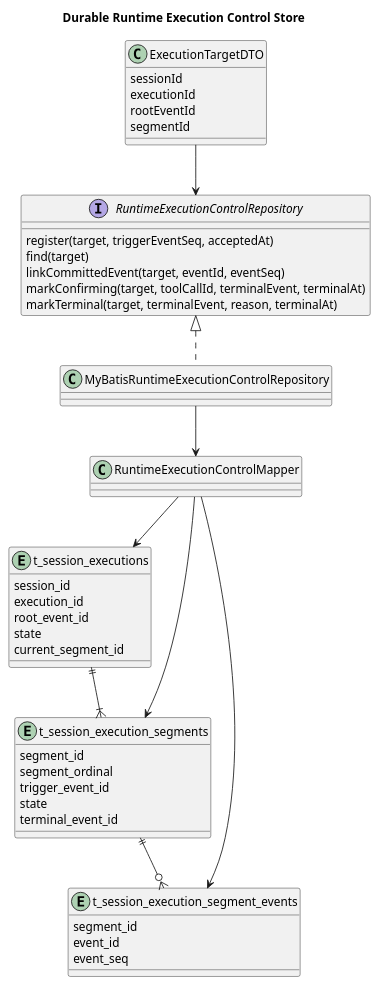
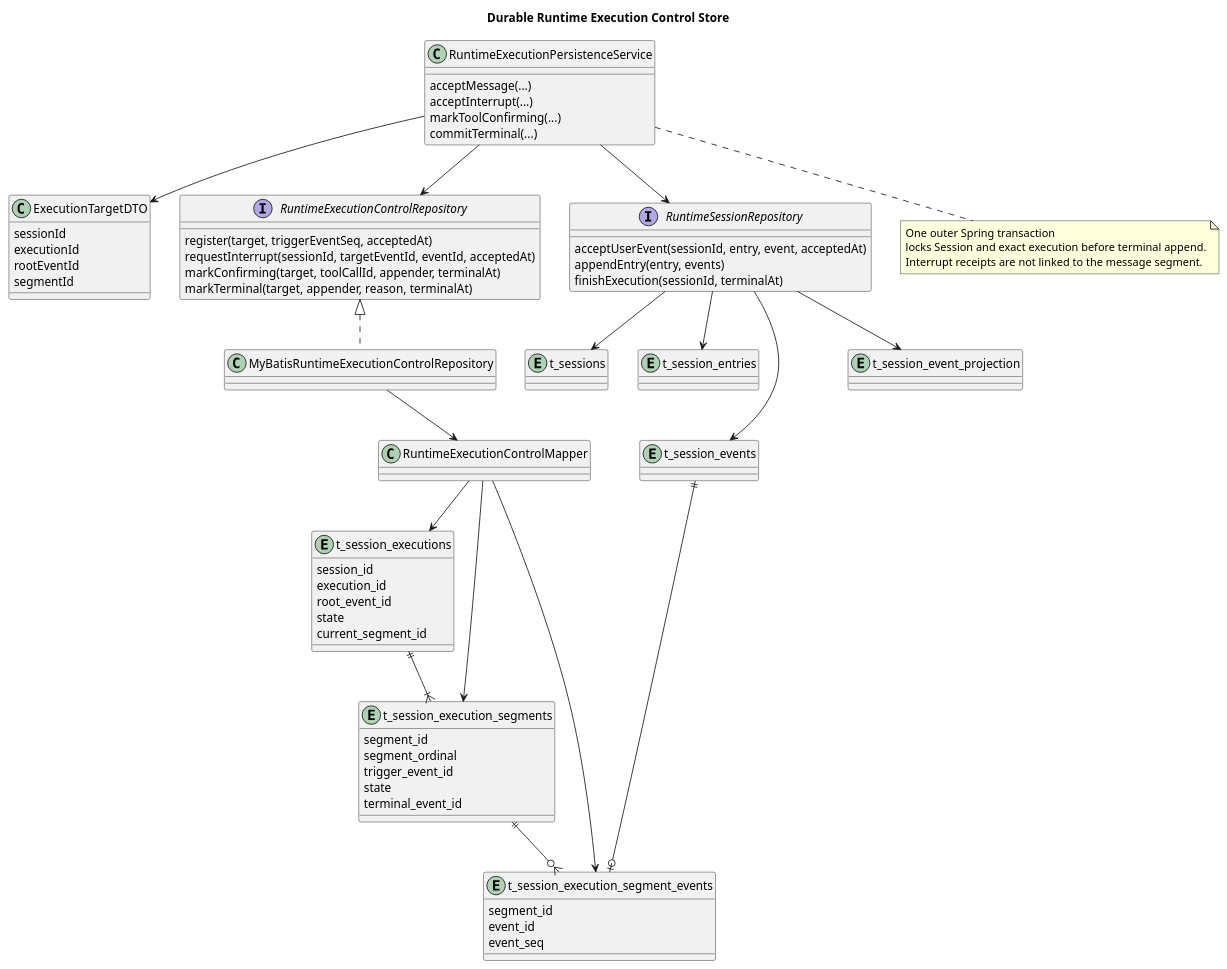
One commit to 2862282695gjh-afk/pi-mono-java changed the diagram in docs/designs/runtime-execution-control/diagram.puml. Above: the diagram before and after it, drawn with PlantUML. The commit also changed 3 other files, not shown here.

```diff
--- a/docs/designs/runtime-execution-control/diagram.puml
+++ b/docs/designs/runtime-execution-control/diagram.puml
@@ -1,65 +1,96 @@
 @startuml runtime_execution_control_store
 title Durable Runtime Execution Control Store
 ' Observed Java source baseline: pi-mono-java fd556dce3cfa12e5e834b6e9b8f835f10e7d67c8
-' Implementation commit: 8ec383dd0ee6a5a8fe7e72b9e97bba8f71c8f8da
+' Store implementation commit: 8ec383dd0ee6a5a8fe7e72b9e97bba8f71c8f8da
+' Application transaction implementation: 92562f62 through 8e775f1c
 ' Observed source: modules/coding-agent-cli/src/main/java/com/campusclaw/codingagent/runtimeapi/runtime/RuntimeActiveExecution.java#runId
+' Source: modules/coding-agent-cli/src/main/java/com/campusclaw/codingagent/runtimeapi/persistence/RuntimeExecutionPersistenceService.java
 ' Source: modules/coding-agent-cli/src/main/java/com/campusclaw/codingagent/runtimeapi/persistence/RuntimeExecutionControlRepository.java
 ' Source: modules/coding-agent-cli/src/main/java/com/campusclaw/codingagent/runtimeapi/persistence/MyBatisRuntimeExecutionControlRepository.java
+' Source: modules/coding-agent-cli/src/main/java/com/campusclaw/codingagent/runtimeapi/persistence/RuntimeSessionRepository.java
 ' Source: modules/coding-agent-cli/src/main/resources/mapper/session/RuntimeExecutionControlMapper.xml
 ' Source: modules/coding-agent-cli/src/main/resources/db/gaussdb/install/session_schema.sql
 ' Pi source baseline: pi 4af9d21d3b4d664e4a29fcabfec85171077248e3
 ' Pi source: packages/agent/src/agent-loop.ts#runAgentLoop and #prepareToolCall
 ' Observed behavior: Java kept the active execution identity only in one process.
-' Design reason: database rows bind later controls to one root message and one response segment.
+' Design reason: one Spring transaction binds accepted events and terminal events to an exact execution segment.
 ' Java divergence: durable cross-instance control identity is a CampusClaw architecture change.
-skinparam componentStyle rectangle
+class RuntimeExecutionPersistenceService {
+  acceptMessage(...)
+  acceptInterrupt(...)
+  markToolConfirming(...)
+  commitTerminal(...)
+}
 
 class ExecutionTargetDTO {
   sessionId
   executionId
   rootEventId
   segmentId
 }
 
 interface RuntimeExecutionControlRepository {
   register(target, triggerEventSeq, acceptedAt)
-  find(target)
-  linkCommittedEvent(target, eventId, eventSeq)
-  markConfirming(target, toolCallId, terminalEvent, terminalAt)
-  markTerminal(target, terminalEvent, reason, terminalAt)
+  requestInterrupt(sessionId, targetEventId, eventId, acceptedAt)
+  markConfirming(target, toolCallId, appender, terminalAt)
+  markTerminal(target, appender, reason, terminalAt)
+}
+
+interface RuntimeSessionRepository {
+  acceptUserEvent(sessionId, entry, event, acceptedAt)
+  appendEntry(entry, events)
+  finishExecution(sessionId, terminalAt)
 }
 
 class MyBatisRuntimeExecutionControlRepository
 class RuntimeExecutionControlMapper
 
 entity "t_session_executions" as t_session_executions {
   session_id
   execution_id
   root_event_id
   state
   current_segment_id
 }
 
 entity "t_session_execution_segments" as t_session_execution_segments {
   segment_id
   segment_ordinal
   trigger_event_id
   state
   terminal_event_id
 }
 
 entity "t_session_execution_segment_events" as t_session_execution_segment_events {
   segment_id
   event_id
   event_seq
 }
 
-ExecutionTargetDTO --> RuntimeExecutionControlRepository
+entity "t_sessions" as t_sessions
+entity "t_session_entries" as t_session_entries
+entity "t_session_events" as t_session_events
+entity "t_session_event_projection" as t_session_event_projection
+
+RuntimeExecutionPersistenceService --> ExecutionTargetDTO
+RuntimeExecutionPersistenceService --> RuntimeExecutionControlRepository
+RuntimeExecutionPersistenceService --> RuntimeSessionRepository
 RuntimeExecutionControlRepository <|.. MyBatisRuntimeExecutionControlRepository
 MyBatisRuntimeExecutionControlRepository --> RuntimeExecutionControlMapper
 RuntimeExecutionControlMapper --> t_session_executions
 RuntimeExecutionControlMapper --> t_session_execution_segments
 RuntimeExecutionControlMapper --> t_session_execution_segment_events
+RuntimeSessionRepository --> t_sessions
+RuntimeSessionRepository --> t_session_entries
+RuntimeSessionRepository --> t_session_events
+RuntimeSessionRepository --> t_session_event_projection
 t_session_executions ||--|{ t_session_execution_segments
 t_session_execution_segments ||--o{ t_session_execution_segment_events
+t_session_events ||--o| t_session_execution_segment_events
+
+note bottom of RuntimeExecutionPersistenceService
+  One outer Spring transaction
+  locks Session and exact execution before terminal append.
+  Interrupt receipts are not linked to the message segment.
+end note
 @enduml
```
